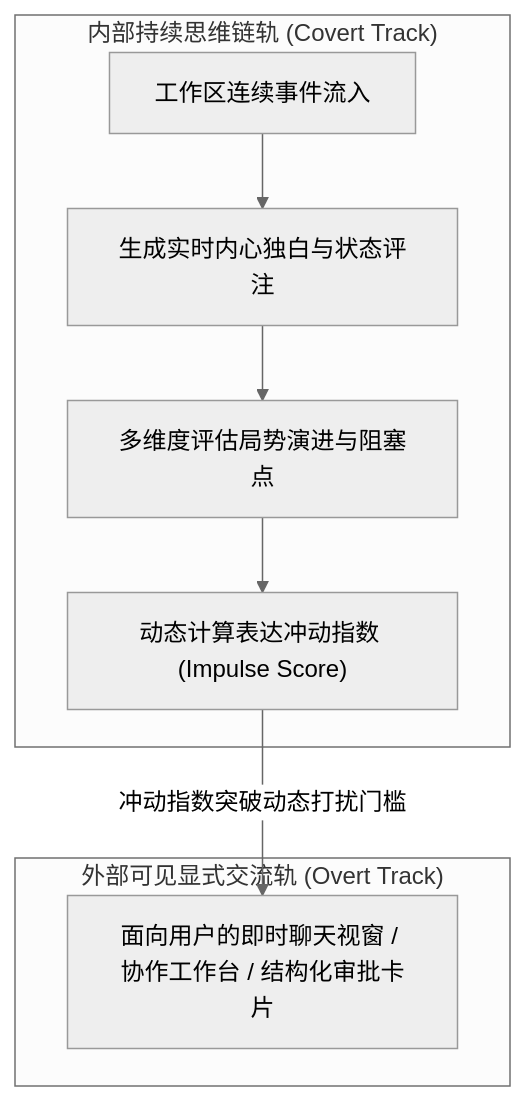
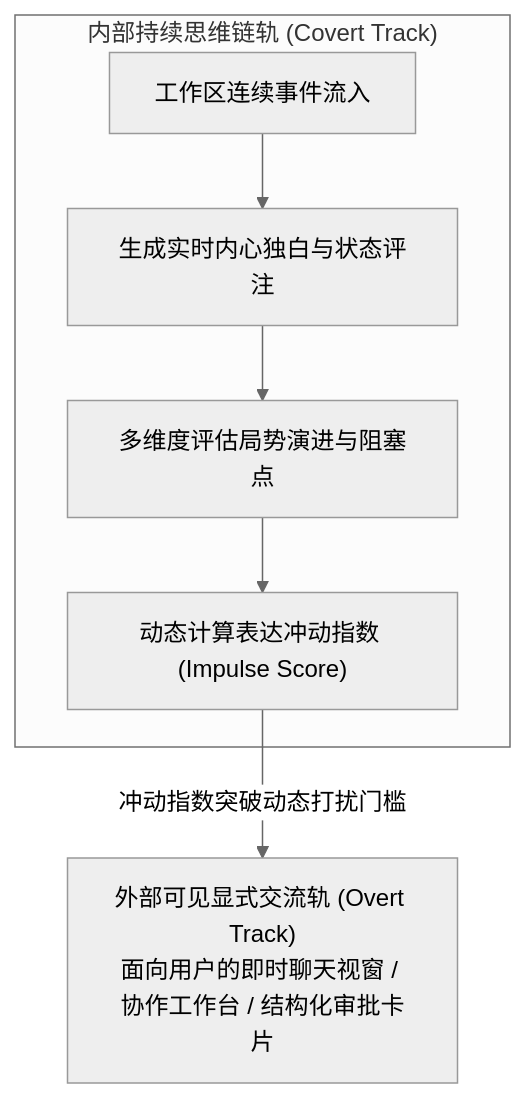
The fifth of 13 diagrams in src/content/posts/proactive-agent.md (657kbps/657.life), drawn with Mermaid (neutral theme) before and after one commit. The commit also changed other lines of this file, not shown here.

Commit message:
docs(content): refine proactive-agent article
- tighten the article description
- simplify the Mermaid flowchart into a single flow
- move the 随笔 category into tags

````diff
--- a/src/content/posts/proactive-agent.md
+++ b/src/content/posts/proactive-agent.md
@@ -198,10 +197,7 @@
 ```mermaid
 flowchart TD
-  subgraph 显式交流轨 ["外部可见显式交流轨 (Overt Track)"]
-    O1["面向用户的即时聊天视窗 / 协作工作台 / 结构化审批卡片"]
-  end
   subgraph 隐式思维轨 ["内部持续思维链轨 (Covert Track)"]
     I1["工作区连续事件流入"] --> I2["生成实时内心独白与状态评注"] --> I3["多维度评估局势演进与阻塞点"] --> I4["动态计算表达冲动指数 (Impulse Score)"]
   end
-  I4 -->|"冲动指数突破动态打扰门槛"| O1
+  I4 -->|"冲动指数突破动态打扰门槛"| O1["外部可见显式交流轨 (Overt Track)<br/>面向用户的即时聊天视窗 / 协作工作台 / 结构化审批卡片"]
 ```
````
